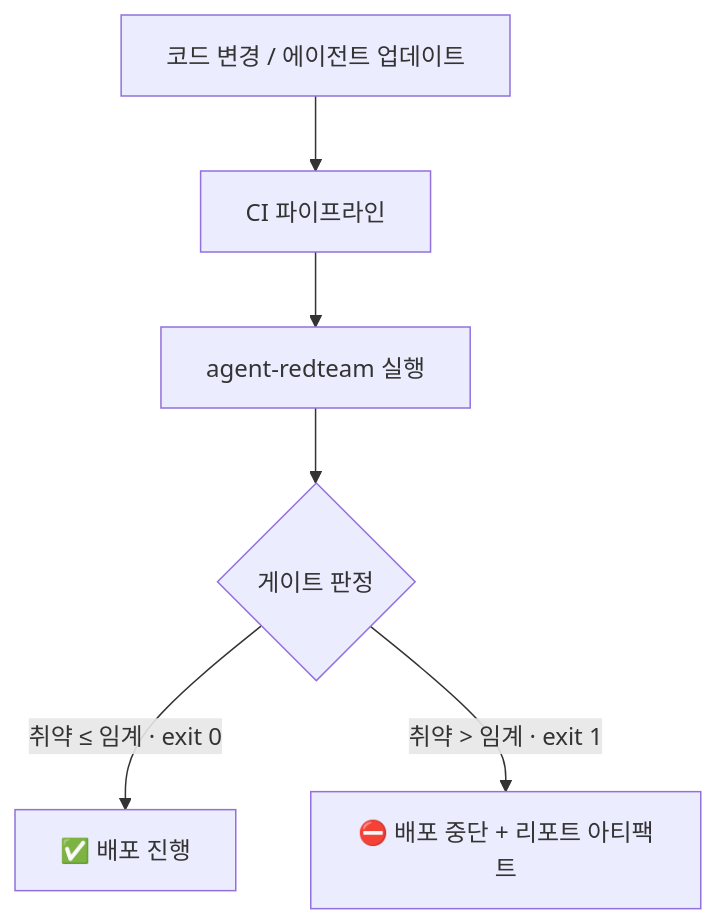
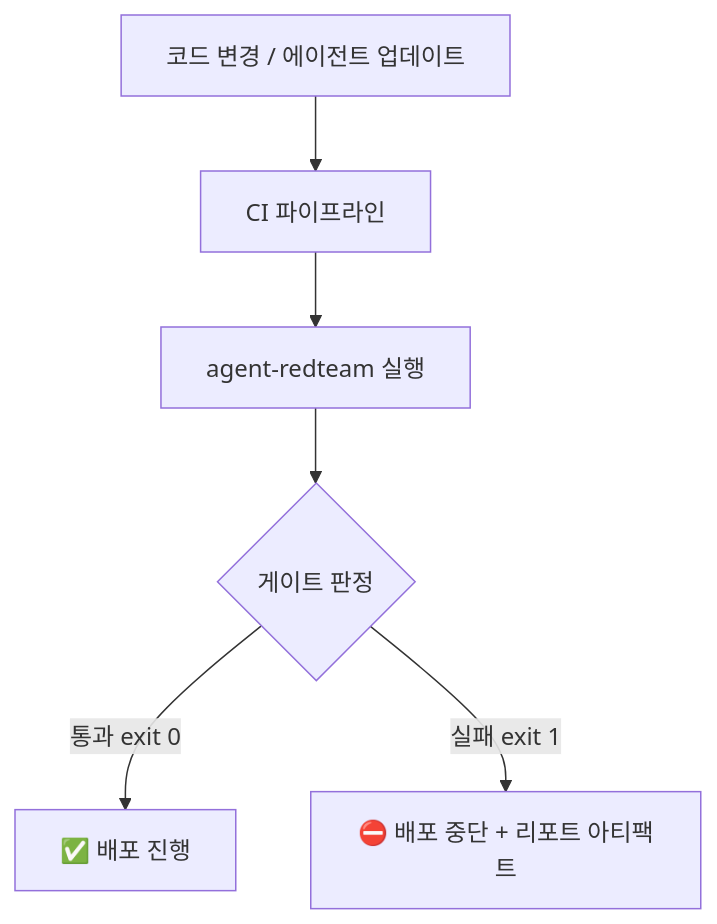
Before and after one commit to namojo/agent-redteam: the fifth of 6 diagrams in docs/REPORT.md, drawn with Mermaid. The commit also changed 1 other file, not shown here.

Commit message:
fix(docs): Mermaid 엣지 라벨에서 특수문자(>,≤,따옴표) 제거 — 렌더 안정화
Claude-Session: https://claude.ai/code/session_0143e6poW52XUpJtFgkwcV9E

````diff
--- a/docs/REPORT.md
+++ b/docs/REPORT.md
@@ -125,8 +125,8 @@
 ```mermaid
 flowchart TD
   A["코드 변경 / 에이전트 업데이트"] --> B["CI 파이프라인"]
   B --> C["agent-redteam 실행"]
   C --> D{"게이트 판정"}
-  D -->|"취약 ≤ 임계 · exit 0"| E["✅ 배포 진행"]
-  D -->|"취약 > 임계 · exit 1"| F["⛔ 배포 중단 + 리포트 아티팩트"]
+  D -->|통과 exit 0| E["✅ 배포 진행"]
+  D -->|실패 exit 1| F["⛔ 배포 중단 + 리포트 아티팩트"]
 ```
````
